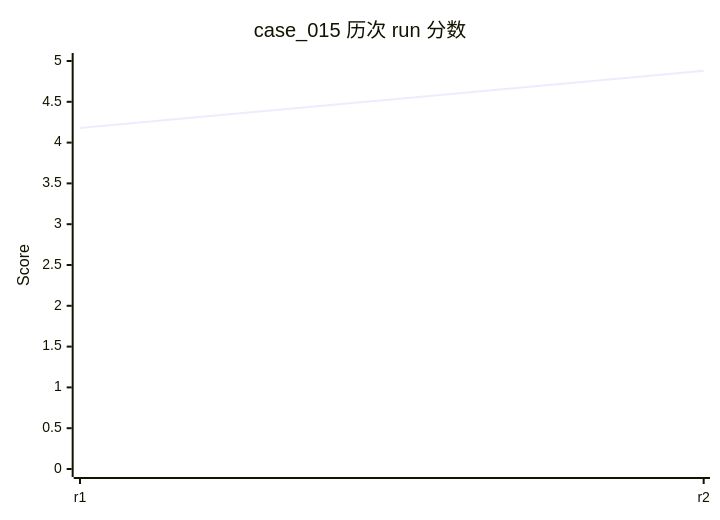
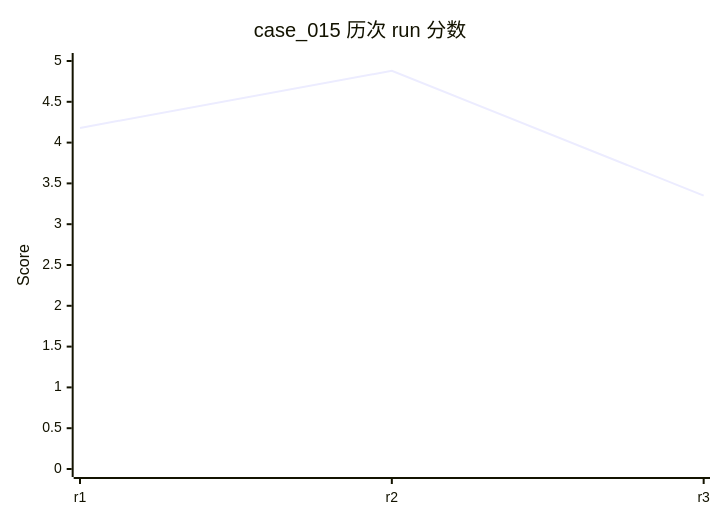
One commit to rushengzhou/sid-code changed diagram 19 of 58 in evals/DASHBOARD.md. Above: the diagram before and after it, drawn with Mermaid. The commit also changed other lines of this file and 57 other files, not shown here.

````diff
--- a/evals/DASHBOARD.md
+++ b/evals/DASHBOARD.md
@@ -426,7 +428,7 @@
 ```mermaid
 xychart-beta
     title "case_015 历次 run 分数"
-    x-axis [r1, r2]
+    x-axis [r1, r2, r3]
     y-axis "Score" 0 --> 5
-    line [4.18, 4.88]
+    line [4.18, 4.88, 3.35]
 ```
````
